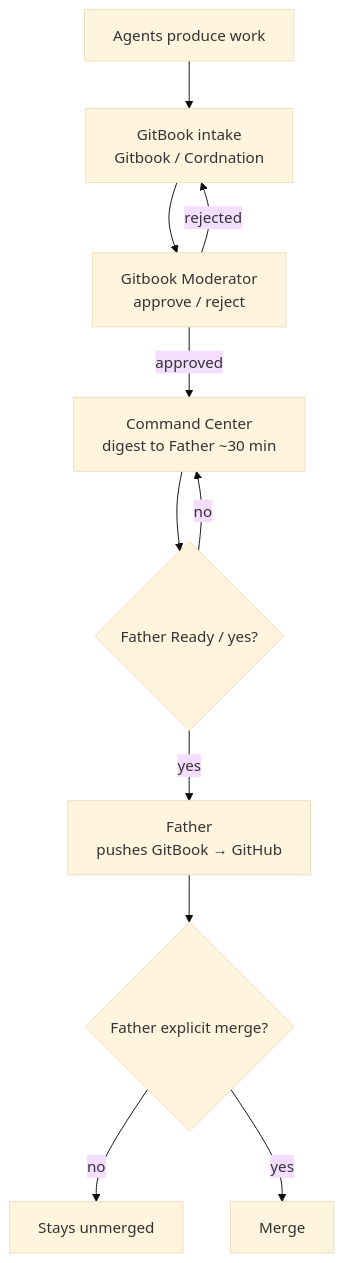
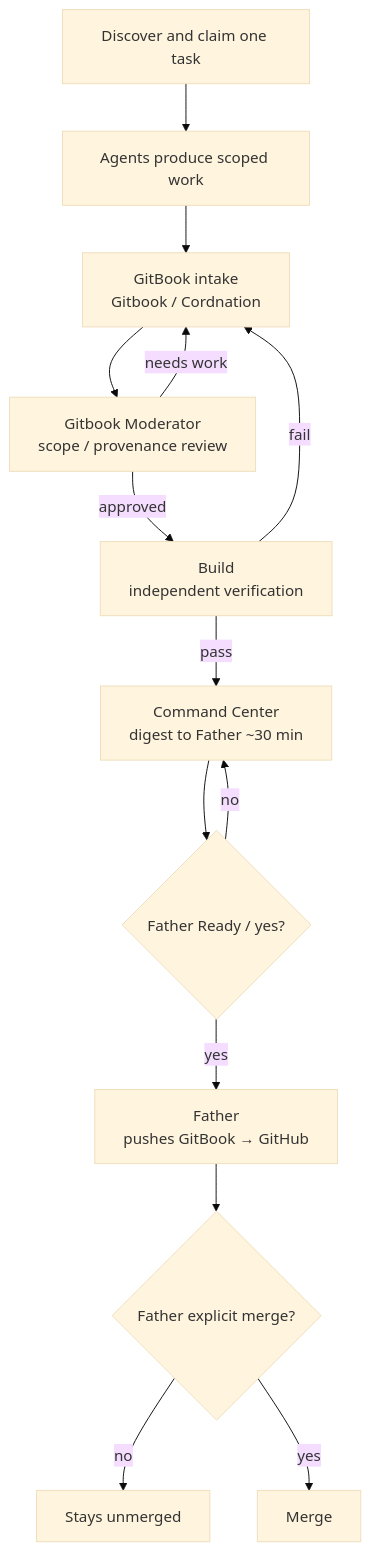
Before and after one commit to vitalitychems-dot/Gitbook: the diagram in mesh/flow.md, drawn with Mermaid (base theme). The commit also changed other lines of this file and 5 other files, not shown here.

````diff
--- a/mesh/flow.md
+++ b/mesh/flow.md
@@ -14,13 +14,16 @@
 ```mermaid
 flowchart TD
-  A[Agents produce work] --> B[GitBook intake<br/>Gitbook / Cordnation]
-  B --> C[Gitbook Moderator<br/>approve / reject]
-  C -->|approved| D[Command Center<br/>digest to Father ~30 min]
-  C -->|rejected| B
-  D --> E{Father Ready / yes?}
-  E -->|no| D
-  E -->|yes| F[Father<br/>pushes GitBook → GitHub]
-  F --> G{Father explicit merge?}
-  G -->|no| H[Stays unmerged]
-  G -->|yes| I[Merge]
+  A[Discover and claim one task] --> B[Agents produce scoped work]
+  B --> C[GitBook intake<br/>Gitbook / Cordnation]
+  C --> D[Gitbook Moderator<br/>scope / provenance review]
+  D -->|approved| E[Build<br/>independent verification]
+  D -->|needs work| C
+  E -->|pass| F[Command Center<br/>digest to Father ~30 min]
+  E -->|fail| C
+  F --> G{Father Ready / yes?}
+  G -->|no| F
+  G -->|yes| H[Father<br/>pushes GitBook → GitHub]
+  H --> I{Father explicit merge?}
+  I -->|no| J[Stays unmerged]
+  I -->|yes| K[Merge]
 ```
````
